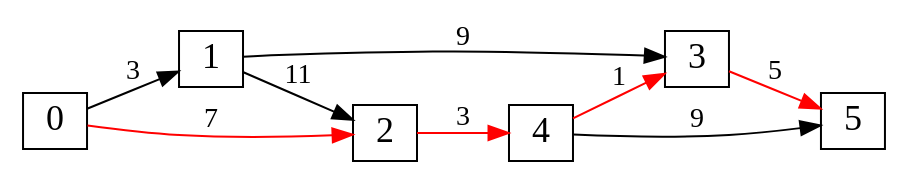
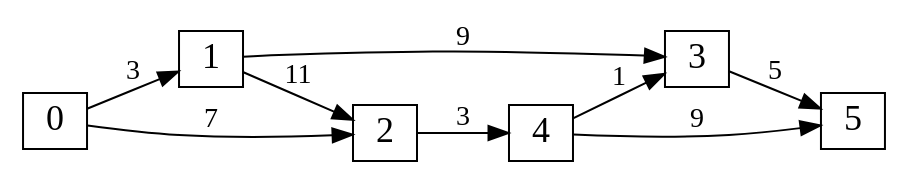
One commit to PereBal/advanced-algorithms changed the diagram in greedy/data/example.dot. Above: the diagram before and after it, drawn with Graphviz. The commit also changed 3 other files, not shown here.

```diff
--- a/greedy/data/example.dot
+++ b/greedy/data/example.dot
@@ -1,12 +1,12 @@
 digraph {
   graph [ rankdir="LR" ];
   node [ shape=polygon, sides=4, height=0.1, width=0.45, fontsize=18 ];
   0 -> 1 [ label="3" ];
-  0 -> 2 [ label="7", color="red" ];
+  0 -> 2 [ label="7" ];
   1 -> 2 [ label="11" ];
   1 -> 3 [ label="9" ];
-  2 -> 4 [ label="3", color="red" ];
-  3 -> 5 [ label="5", color="red" ];
-  4 -> 3 [ label="1", color="red" ];
+  2 -> 4 [ label="3" ];
+  3 -> 5 [ label="5" ];
+  4 -> 3 [ label="1" ];
   4 -> 5 [ label="9" ];
 }
```
